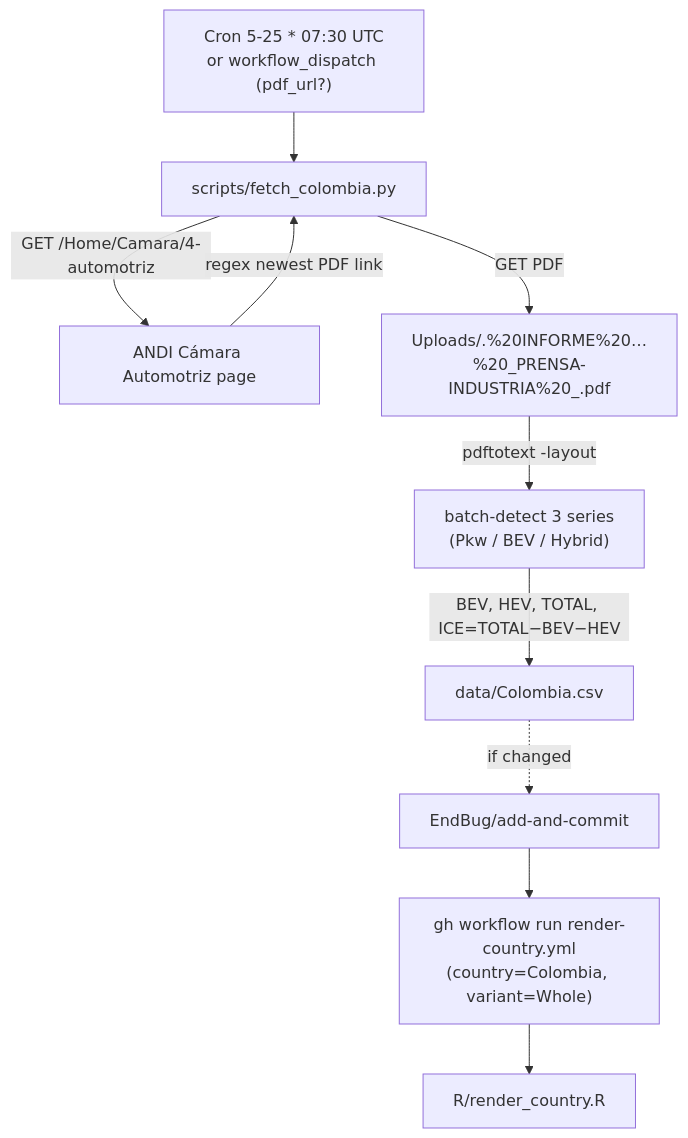
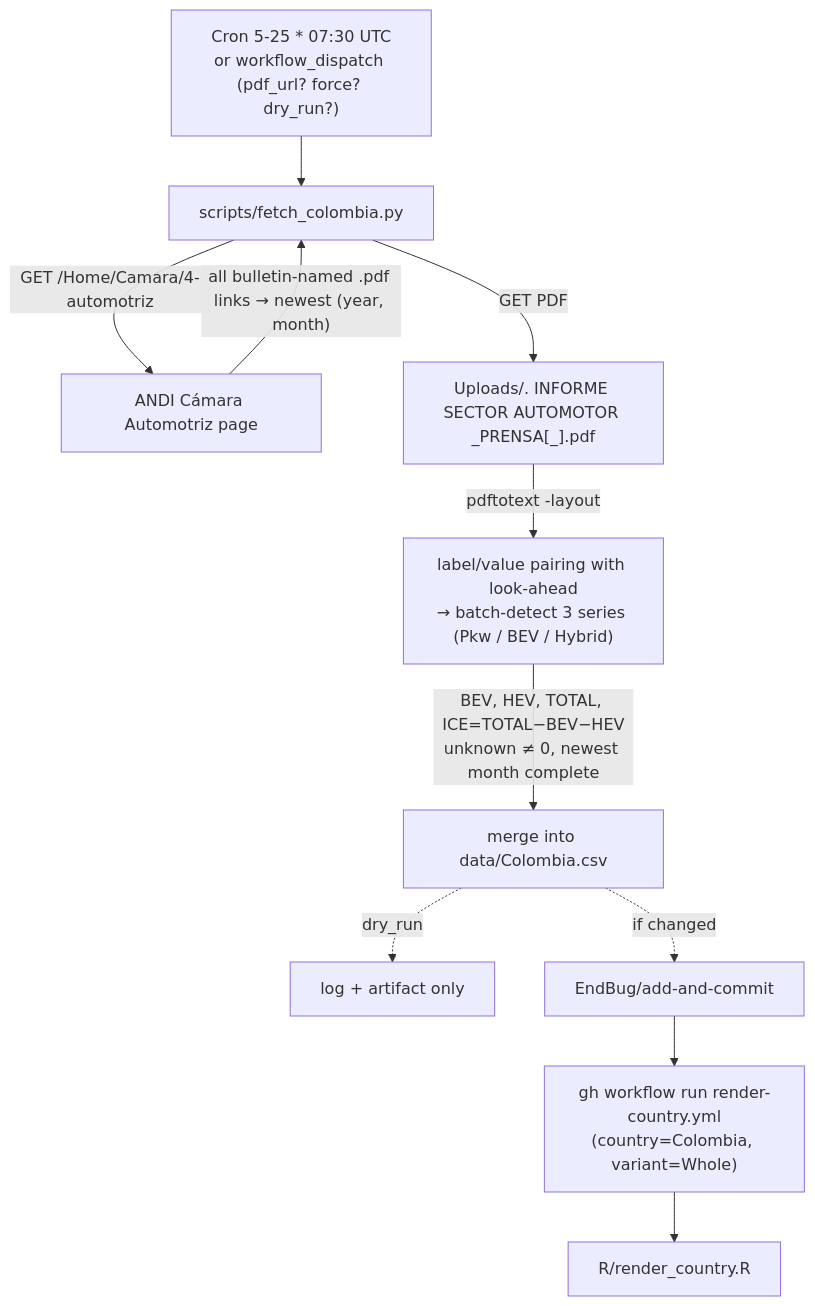
One commit to LeRaffl/LeRaffl-Gallery changed the diagram in docs/architecture/18-source-colombia.md. Above: the diagram before and after it, drawn with Mermaid. The commit also changed other lines of this file and 12 other files, not shown here.

Commit message:
fix(fetch): Colombia — ANDI's 2026 filenames, displaced bar values, no more 0-overwrites (#194)

````diff
--- a/docs/architecture/18-source-colombia.md
+++ b/docs/architecture/18-source-colombia.md
@@ -167,13 +283,14 @@
 ```mermaid
 flowchart TD
-    Cron["Cron 5-25 * 07:30 UTC<br/>or workflow_dispatch (pdf_url?)"]
+    Cron["Cron 5-25 * 07:30 UTC<br/>or workflow_dispatch (pdf_url? force? dry_run?)"]
     Cron --> Fetch["scripts/fetch_colombia.py"]
     Fetch -->|"GET /Home/Camara/4-automotriz"| Cam["ANDI Cámara Automotriz page"]
-    Cam -->|"regex newest PDF link"| Fetch
-    Fetch -->|"GET PDF"| PDF["Uploads/<N>.%20INFORME%20…%20<MMM>_PRENSA-INDUSTRIA%20<YYYY>_<ticks>.pdf"]
-    PDF -->|"pdftotext -layout"| Parser["batch-detect 3 series<br/>(Pkw / BEV / Hybrid)"]
-    Parser -->|"BEV, HEV, TOTAL, ICE=TOTAL−BEV−HEV"| CSV["data/Colombia.csv"]
-    CSV -.->|"if changed"| GA["EndBug/add-and-commit"]
+    Cam -->|"all bulletin-named .pdf links → newest (year, month)"| Fetch
+    Fetch -->|"GET PDF"| PDF["Uploads/<N>. INFORME SECTOR AUTOMOTOR <MMM><YYYY>_PRENSA[_<ticks>].pdf"]
+    PDF -->|"pdftotext -layout"| Parser["label/value pairing with look-ahead<br/>→ batch-detect 3 series (Pkw / BEV / Hybrid)"]
+    Parser -->|"BEV, HEV, TOTAL, ICE=TOTAL−BEV−HEV<br/>unknown ≠ 0, newest month complete"| Merge["merge into data/Colombia.csv"]
+    Merge -.->|"dry_run"| Log["log + artifact only"]
+    Merge -.->|"if changed"| GA["EndBug/add-and-commit"]
     GA --> Dispatch["gh workflow run render-country.yml<br/>(country=Colombia, variant=Whole)"]
     Dispatch --> Render["R/render_country.R"]
 ```
````
